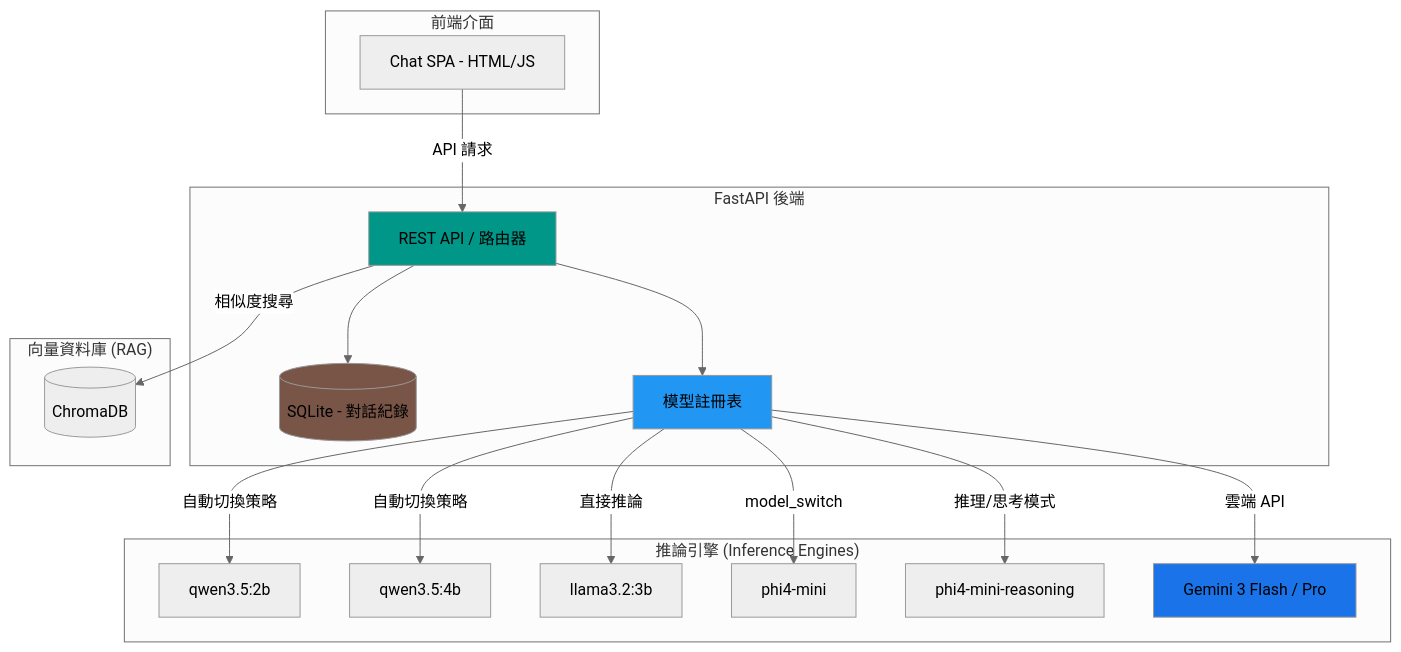
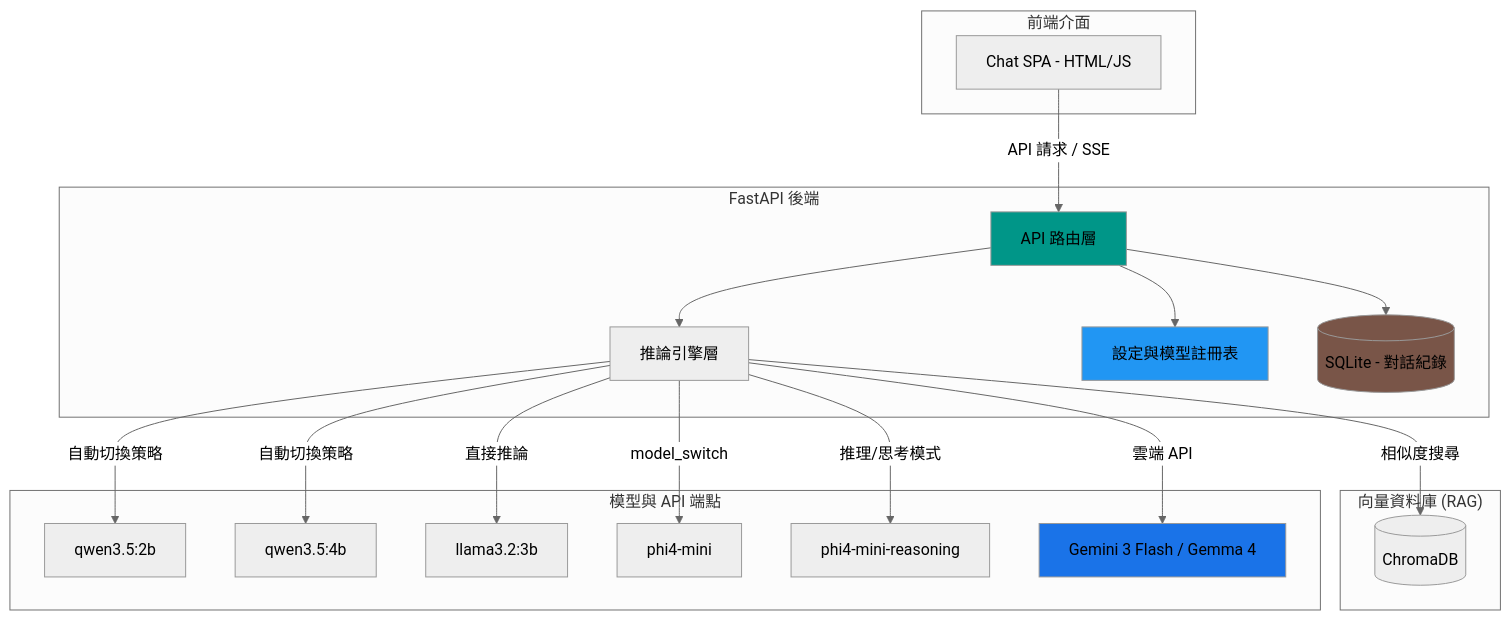
The diagram in README.zh-TW.md (mile-chang/rag-kura), drawn with Mermaid (neutral theme) before and after one commit. The commit also changed other lines of this file and 2 other files, not shown here.

Commit message:
docs(models): update supported gemini and gemma models
- Replace Gemini 3.1 Pro references with Gemma 4 31B across all README files.
- Update inference strategies (thinking_level, thinking_level_optional) to reflect current API parameters.
- Keep English, Traditional Chinese, and Japanese documentations synchronized.

````diff
--- a/README.zh-TW.md
+++ b/README.zh-TW.md
@@ -41,41 +42,43 @@
 ```mermaid
 graph TB
     subgraph "前端介面"
         UI[Chat SPA - HTML/JS]
     end
 
     subgraph "FastAPI 後端"
-        ROUTER[REST API / 路由器]
+        API[API 路由層]
+        INF[推論引擎層]
+        REG[設定與模型註冊表]
         DB[(SQLite - 對話紀錄)]
-        REG[模型註冊表]
     end
 
     subgraph "向量資料庫 (RAG)"
         CHROMA[(ChromaDB)]
     end
 
-    subgraph "推論引擎 (Inference Engines)"
+    subgraph "模型與 API 端點"
         Q2[qwen3.5:2b]
         Q4[qwen3.5:4b]
         L3[llama3.2:3b]
         P4[phi4-mini]
         P4R[phi4-mini-reasoning]
-        GEM[Gemini 3 Flash / Pro]
+        GEM[Gemini 3 Flash / Gemma 4]
     end
 
-    UI -->|API 請求| ROUTER
-    ROUTER --> DB
-    ROUTER -->|相似度搜尋| CHROMA
-    ROUTER --> REG
-    REG -->|自動切換策略| Q2
-    REG -->|自動切換策略| Q4
-    REG -->|直接推論| L3
-    REG -->|model_switch| P4
-    REG -->|推理/思考模式| P4R
-    REG -->|雲端 API| GEM
+    UI -->|API 請求 / SSE| API
+    API --> DB
+    API --> REG
+    API --> INF
+    INF -->|相似度搜尋| CHROMA
+    INF -->|自動切換策略| Q2
+    INF -->|自動切換策略| Q4
+    INF -->|直接推論| L3
+    INF -->|model_switch| P4
+    INF -->|推理/思考模式| P4R
+    INF -->|雲端 API| GEM
 
-    style ROUTER fill:#009688
+    style API fill:#009688
     style DB fill:#795548
     style REG fill:#2196F3
     style GEM fill:#1A73E8
 ```
````
